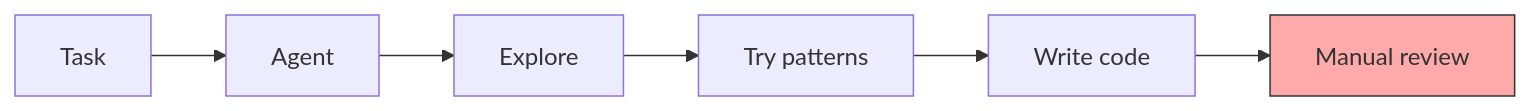
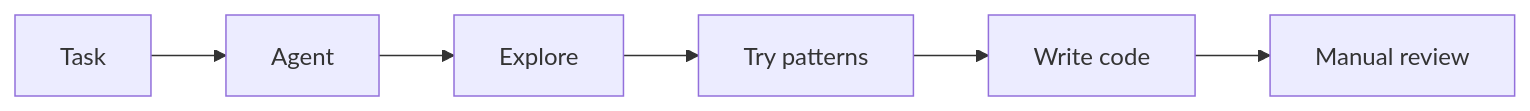
The first of 2 diagrams in README.md (a-simeshin/claude-code-hooks-mastery), drawn with Mermaid before and after one commit. The commit also changed other lines of this file, not shown here.

Commit message:
docs: Remove color styles from mermaid diagrams

````diff
--- a/README.md
+++ b/README.md
@@ -19,10 +19,8 @@
 ```mermaid
 flowchart LR
     A[Task] --> B[Agent]
     B --> C[Explore]
     C --> D[Try patterns]
     D --> E[Write code]
     E --> F[Manual review]
-
-    style F fill:#faa,stroke:#333
 ```
````
